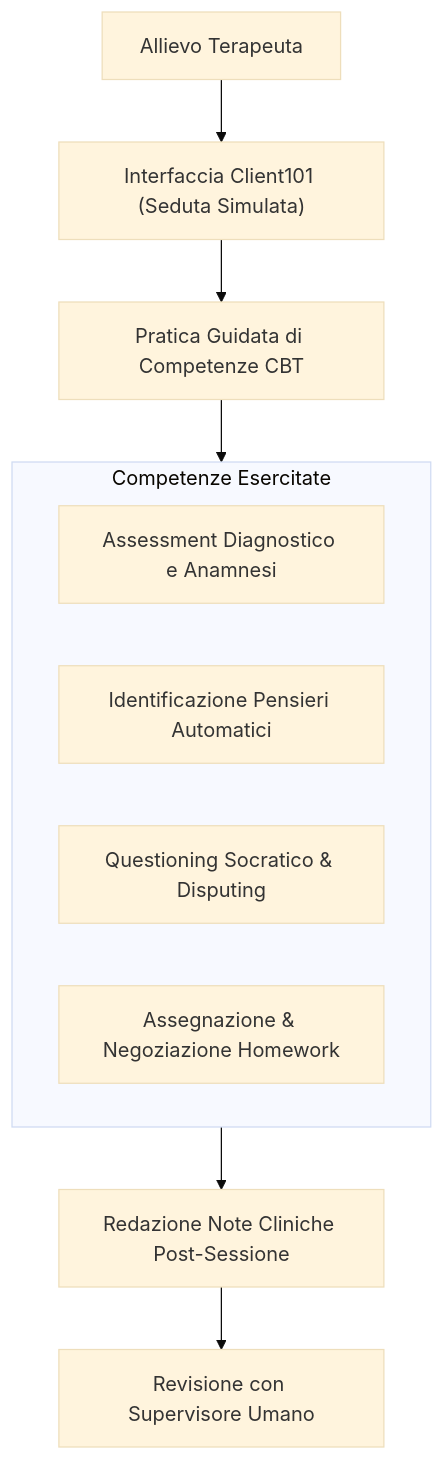
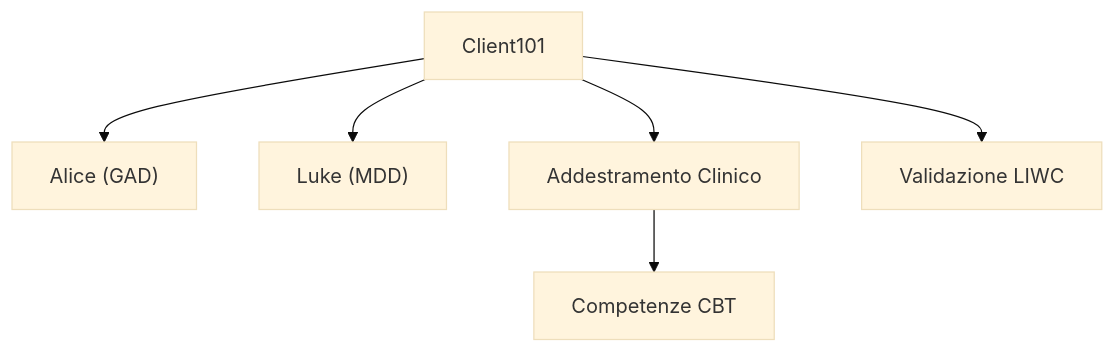
The diagram in content/client101-simulazione-pazienti-virtuali.md (andreaferrari7-star/andreaferrari.github.io), drawn with Mermaid (base theme) before and after one commit. The commit also changed other lines of this file and 340 other files, not shown here.

````diff
--- a/content/client101-simulazione-pazienti-virtuali.md
+++ b/content/client101-simulazione-pazienti-virtuali.md
@@ -93,16 +32,8 @@
 ```mermaid
-flowchart TD
-    Trainee["Allievo Terapeuta"] --> ChatInterface["Interfaccia Client101 (Seduta Simulata)"]
-    ChatInterface --> Actions["Pratica Guidata di Competenze CBT"]
-    
-    subgraph CBTSkills ["Competenze Esercitate"]
-        S1["Assessment Diagnostico e Anamnesi"]
-        S2["Identificazione Pensieri Automatici"]
-        S3["Questioning Socratico & Disputing"]
-        S4["Assegnazione & Negoziazione Homework"]
-    end
-    
-    Actions --> CBTSkills
-    CBTSkills --> ClinicalNotes["Redazione Note Cliniche Post-Sessione"]
-    ClinicalNotes --> Supervision["Revisione con Supervisore Umano"]
+graph TD
+    Client101 --> Alice["Alice (GAD)"]
+    Client101 --> Luke["Luke (MDD)"]
+    Client101 --> Training["Addestramento Clinico"]
+    Client101 --> LIWC["Validazione LIWC"]
+    Training --> CBTSkills["Competenze CBT"]
 ```
````
